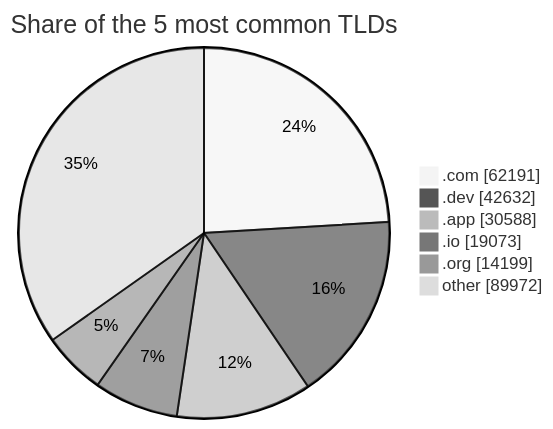
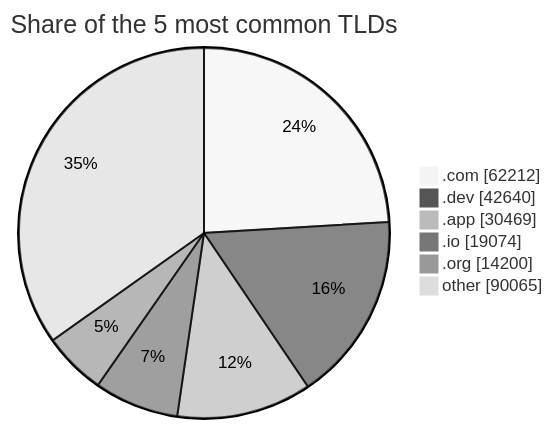
Before and after one commit to DNSBunker/CTI: the second of 2 diagrams in README.md, drawn with Mermaid (neutral theme). The commit also changed other lines of this file and 3 other files, not shown here.

````diff
--- a/README.md
+++ b/README.md
@@ -72,9 +72,9 @@
 ```mermaid
 pie showData title Share of the 5 most common TLDs
-    ".com" : 62191
-    ".dev" : 42632
-    ".app" : 30588
-    ".io" : 19073
-    ".org" : 14199
-    "other" : 89972
+    ".com" : 62212
+    ".dev" : 42640
+    ".app" : 30469
+    ".io" : 19074
+    ".org" : 14200
+    "other" : 90065
 ```
````
